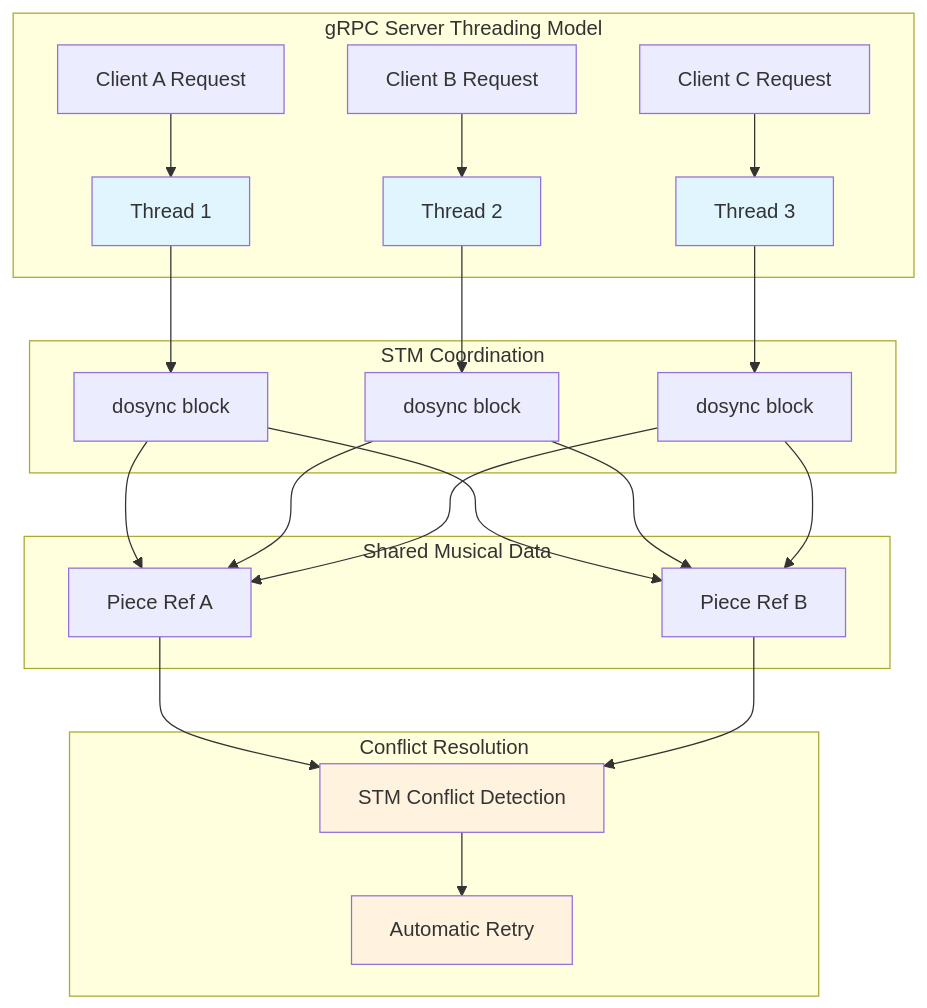
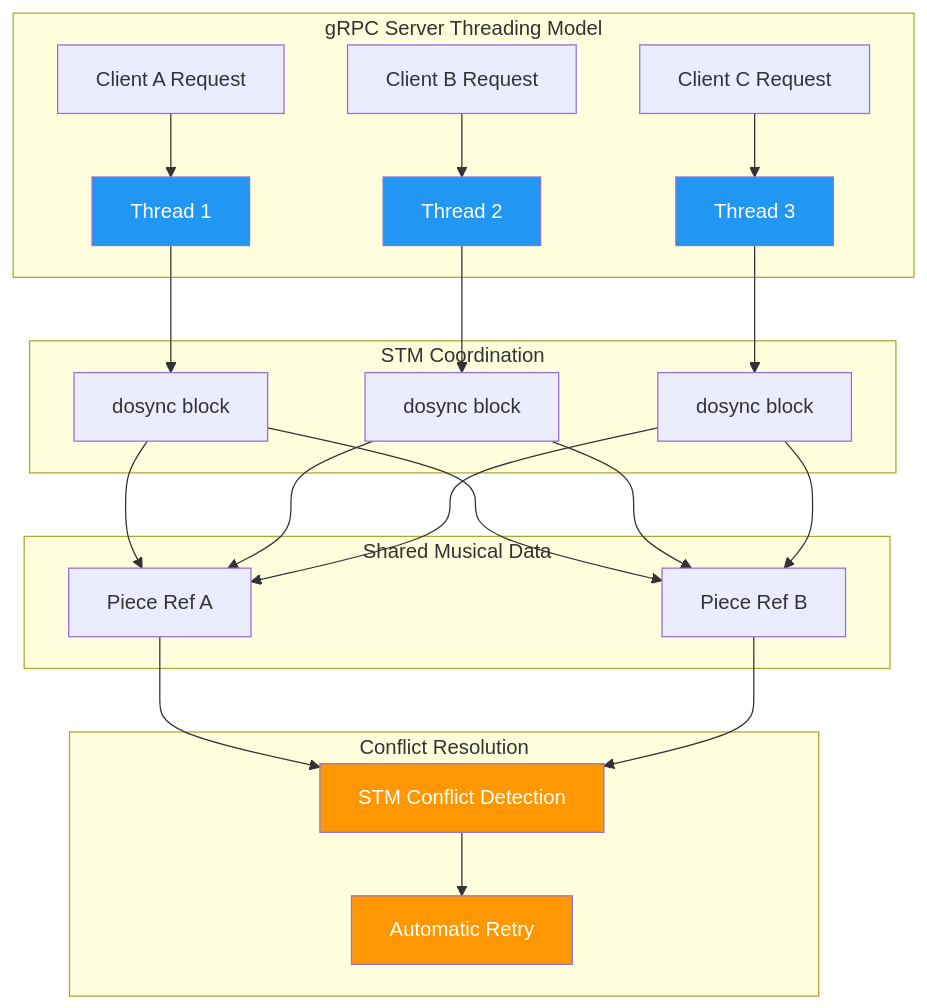
Before and after one commit to PeterBengtson/Ooloi-docs: the first of 3 diagrams in guides/OOLOI_SERVER_ARCHITECTURAL_GUIDE.md, drawn with Mermaid.

Commit message:
Documentation sync 2025-08-22: Updated project READMEs and latest changes

````diff
--- a/guides/OOLOI_SERVER_ARCHITECTURAL_GUIDE.md
+++ b/guides/OOLOI_SERVER_ARCHITECTURAL_GUIDE.md
@@ -106,35 +106,35 @@
 ```mermaid
 graph TB
     subgraph "gRPC Server Threading Model"
     A[Client A Request] --> T1[Thread 1]
     B[Client B Request] --> T2[Thread 2]  
     C[Client C Request] --> T3[Thread 3]
     end
     
     subgraph "STM Coordination"
     T1 --> S1[dosync block]
     T2 --> S2[dosync block]
     T3 --> S3[dosync block]
     end
     
     subgraph "Shared Musical Data"
     S1 --> R1[Piece Ref A]
     S2 --> R1
     S3 --> R1
     S1 --> R2[Piece Ref B] 
     S2 --> R2
     S3 --> R2
     end
     
     subgraph "Conflict Resolution"
     R1 --> CR[STM Conflict Detection]
     R2 --> CR
     CR --> RT[Automatic Retry]
     end
     
-    style T1 fill:#e1f5fe
-    style T2 fill:#e1f5fe  
-    style T3 fill:#e1f5fe
-    style CR fill:#fff3e0
-    style RT fill:#fff3e0
+    style T1 fill:#2196f3,color:#ffffff
+    style T2 fill:#2196f3,color:#ffffff  
+    style T3 fill:#2196f3,color:#ffffff
+    style CR fill:#ff9800,color:#ffffff
+    style RT fill:#ff9800,color:#ffffff
 ```
````
